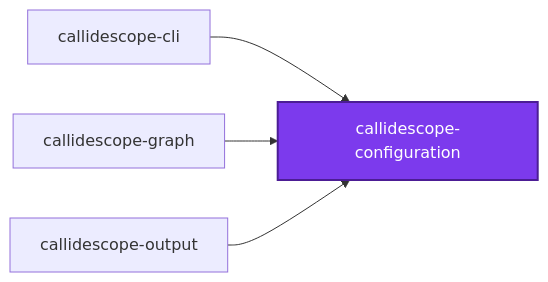
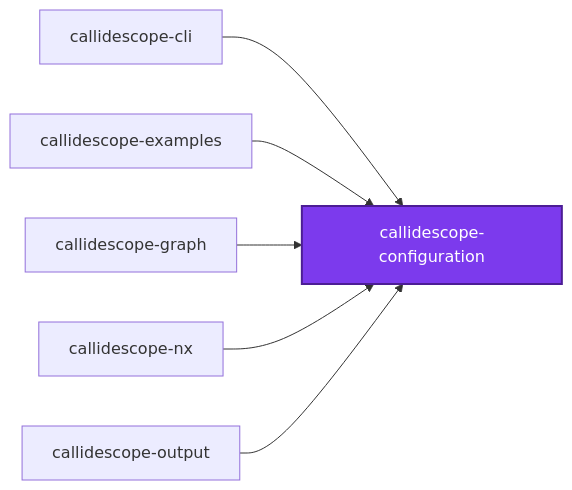
One commit to JimmyPaolini/codebase changed the first of 3 diagrams in packages/callidescope-configuration/README.md. Above: the diagram before and after it, drawn with Mermaid. The commit also changed 25 other files, not shown here.

````diff
--- a/packages/callidescope-configuration/README.md
+++ b/packages/callidescope-configuration/README.md
@@ -210,12 +210,16 @@
 ```mermaid
 graph LR
   callidescope_cli["callidescope-cli"]
   callidescope_configuration["callidescope-configuration"]
+  callidescope_examples["callidescope-examples"]
   callidescope_graph["callidescope-graph"]
+  callidescope_nx["callidescope-nx"]
   callidescope_output["callidescope-output"]
   callidescope_cli --> callidescope_configuration
+  callidescope_examples --> callidescope_configuration
   callidescope_graph --> callidescope_configuration
+  callidescope_nx --> callidescope_configuration
   callidescope_output --> callidescope_configuration
   classDef subject fill:#7c3aed,color:#fff,stroke:#4c1d95,stroke-width:2px
   class callidescope_configuration subject
 ```
````
